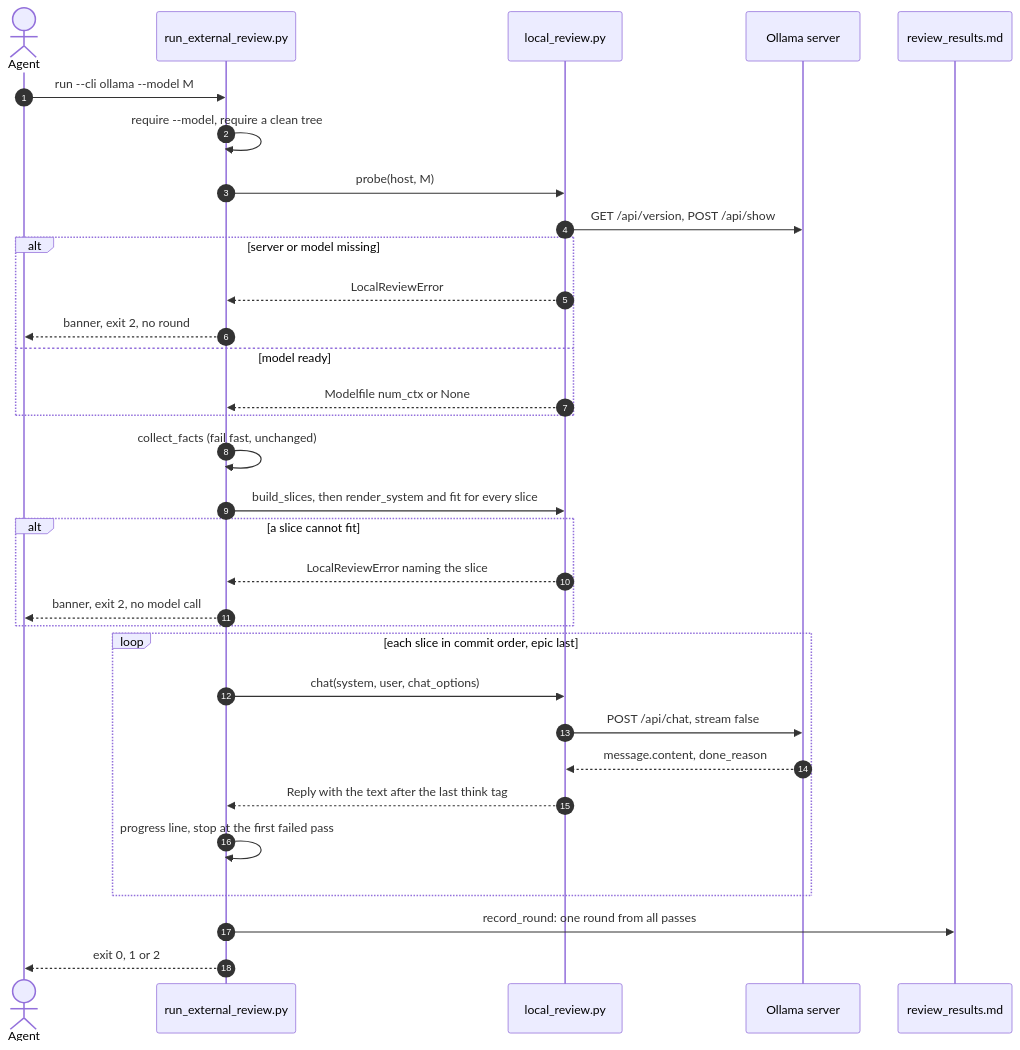
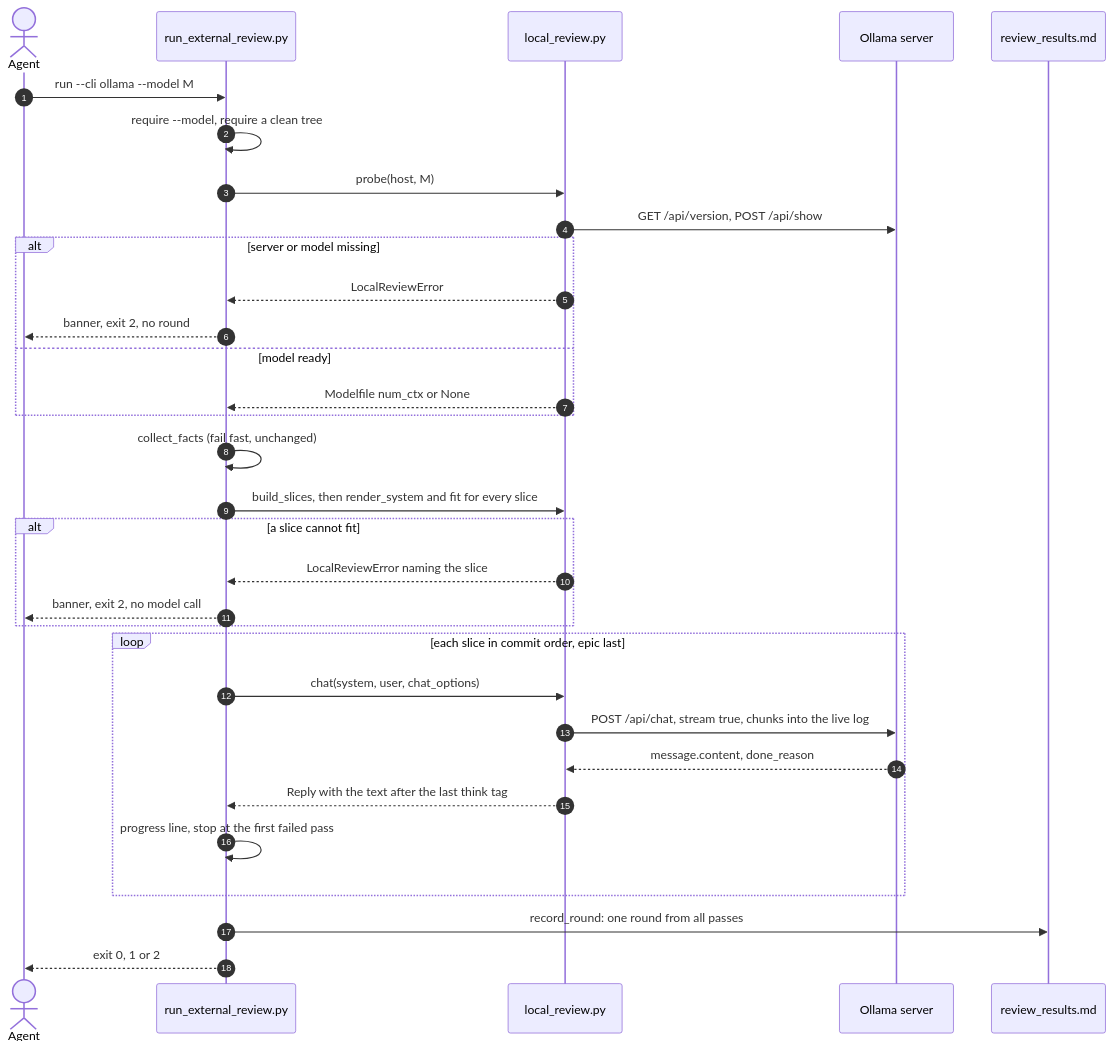
One commit to DanhDue/ai-agent-tools changed the third of 3 diagrams in .devtool/epic/local_model_review/local_model_review.en.md. Above: the diagram before and after it, drawn with Mermaid. The commit also changed other lines of this file and 5 other files, not shown here.

First line of the commit message:
[LOCAL_MODEL_REVIEW] Fix local review visibility with a live log per pass

````diff
--- a/.devtool/epic/local_model_review/local_model_review.en.md
+++ b/.devtool/epic/local_model_review/local_model_review.en.md
@@ -121,35 +121,35 @@
 ```mermaid
 sequenceDiagram
     autonumber
     actor Agent as Agent
     participant Runner as run_external_review.py
     participant Local as local_review.py
     participant Ollama as Ollama server
     participant Results as review_results.md
 
     Agent->>Runner: run --cli ollama --model M
     Runner->>Runner: require --model, require a clean tree
     Runner->>Local: probe(host, M)
     Local->>Ollama: GET /api/version, POST /api/show
     alt server or model missing
         Local-->>Runner: LocalReviewError
         Runner-->>Agent: banner, exit 2, no round
     else model ready
         Local-->>Runner: Modelfile num_ctx or None
     end
     Runner->>Runner: collect_facts (fail fast, unchanged)
     Runner->>Local: build_slices, then render_system and fit for every slice
     alt a slice cannot fit
         Local-->>Runner: LocalReviewError naming the slice
         Runner-->>Agent: banner, exit 2, no model call
     end
     loop each slice in commit order, epic last
         Runner->>Local: chat(system, user, chat_options)
-        Local->>Ollama: POST /api/chat, stream false
+        Local->>Ollama: POST /api/chat, stream true, chunks into the live log
         Ollama-->>Local: message.content, done_reason
         Local-->>Runner: Reply with the text after the last think tag
         Runner->>Runner: progress line, stop at the first failed pass
     end
     Runner->>Results: record_round: one round from all passes
     Runner-->>Agent: exit 0, 1 or 2
 ```
````
